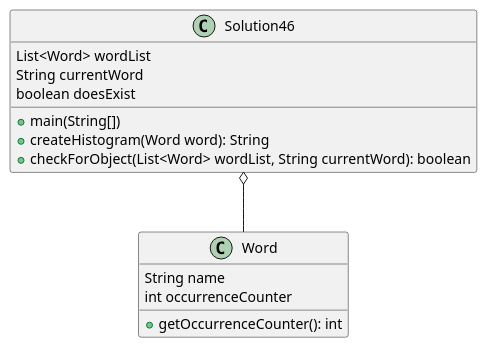
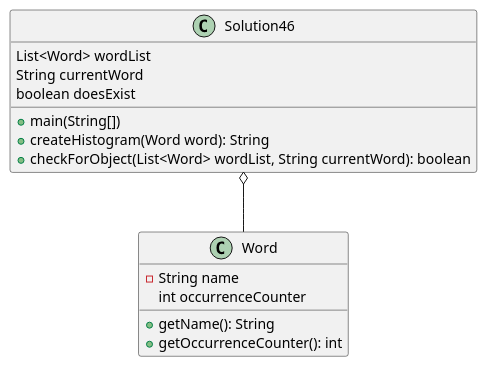
One commit to nader-fares/fares-a04 changed the diagram in exercise46/docs/main.puml. Above: the diagram before and after it, drawn with PlantUML. The commit also changed 58 other files, not shown here.

```diff
--- a/exercise46/docs/main.puml
+++ b/exercise46/docs/main.puml
@@ -1,21 +1,22 @@
 @startuml
 'https://plantuml.com/sequence-diagram
 
 class Solution46 {
 List<Word> wordList
 String currentWord
 boolean doesExist
 
 +main(String[])
 +createHistogram(Word word): String
 +checkForObject(List<Word> wordList, String currentWord): boolean
 }
 
 class Word {
-String name
+-String name
 int occurrenceCounter
++getName(): String
 +getOccurrenceCounter(): int
 }
 
 Solution46 o-- Word
 @enduml
```
